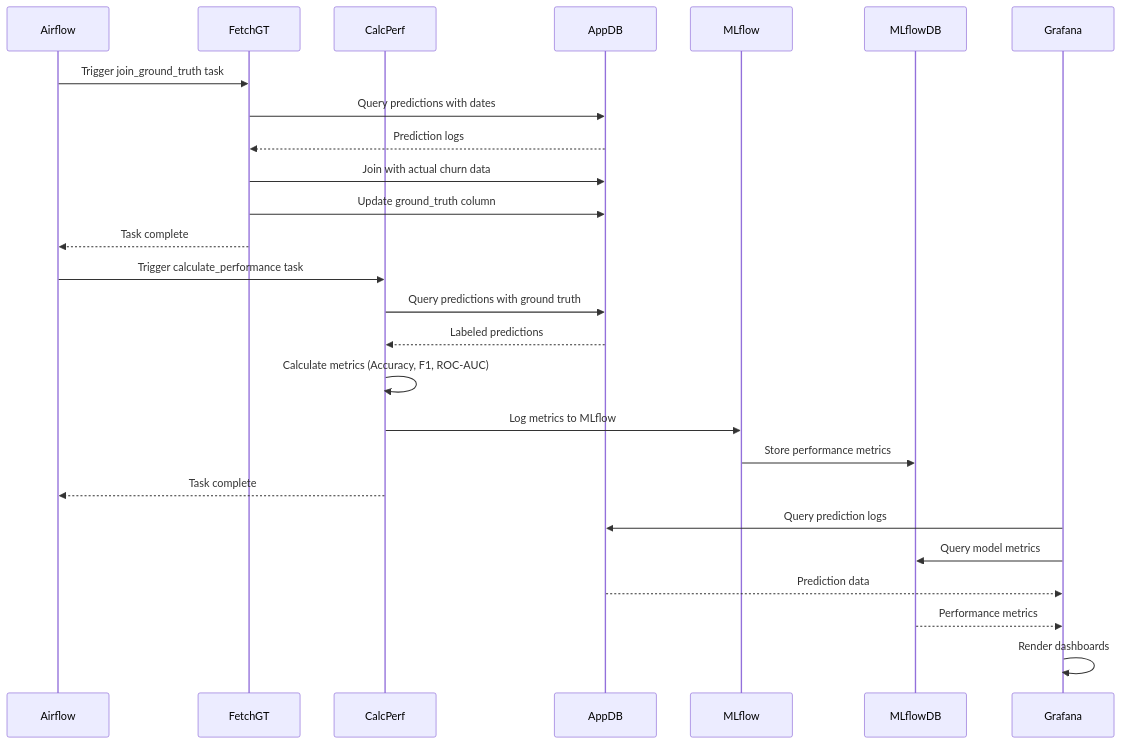
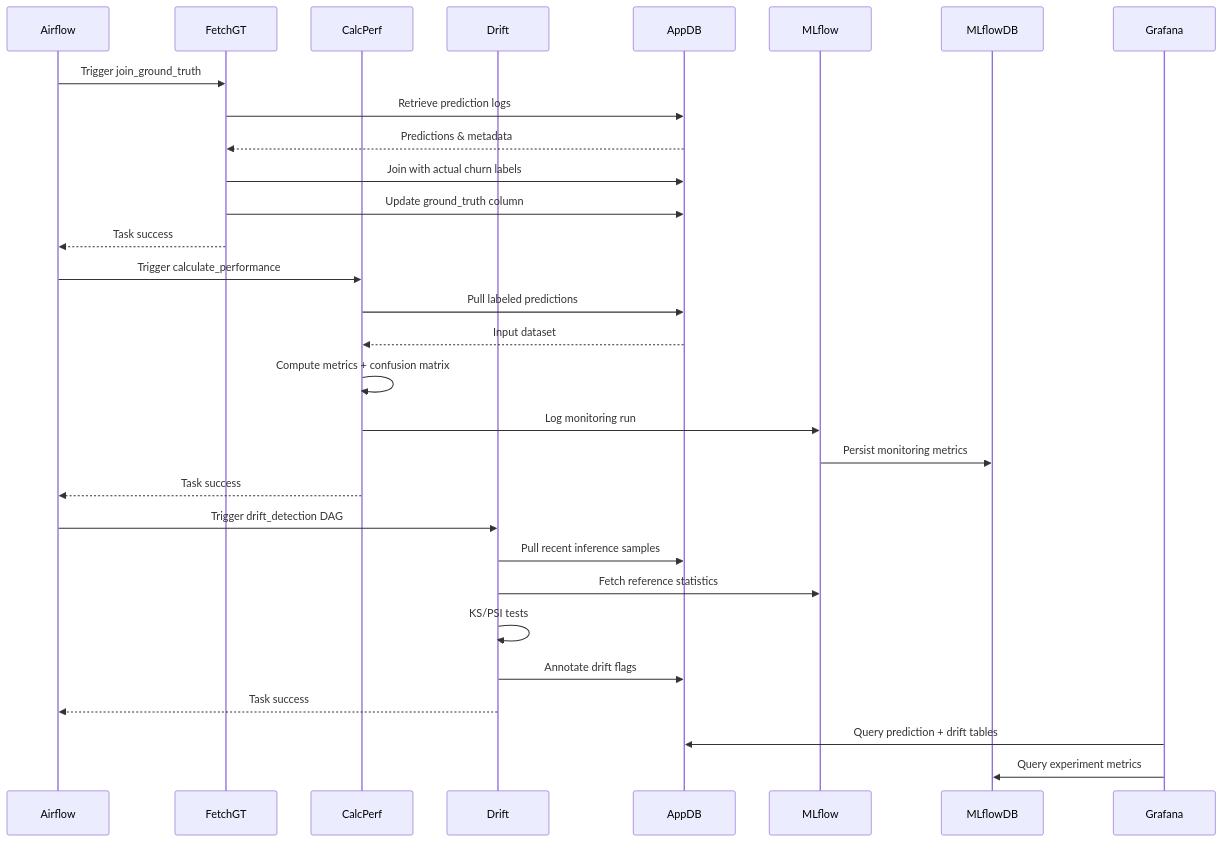
One commit to ssabrut/customer-churn-mlops changed the fifth of 7 diagrams in ARCHITECTURE.md. Above: the diagram before and after it, drawn with Mermaid. The commit also changed other lines of this file and 5 other files, not shown here.

````diff
--- a/ARCHITECTURE.md
+++ b/ARCHITECTURE.md
@@ -235,31 +234,36 @@
 ```mermaid
 sequenceDiagram
     participant Airflow
     participant FetchGT
     participant CalcPerf
+    participant Drift
     participant AppDB
     participant MLflow
     participant MLflowDB
     participant Grafana
-    
-    Airflow->>FetchGT: Trigger join_ground_truth task
-    FetchGT->>AppDB: Query predictions with dates
-    AppDB-->>FetchGT: Prediction logs
-    FetchGT->>AppDB: Join with actual churn data
+
+    Airflow->>FetchGT: Trigger join_ground_truth
+    FetchGT->>AppDB: Retrieve prediction logs
+    AppDB-->>FetchGT: Predictions & metadata
+    FetchGT->>AppDB: Join with actual churn labels
     FetchGT->>AppDB: Update ground_truth column
-    FetchGT-->>Airflow: Task complete
-    
-    Airflow->>CalcPerf: Trigger calculate_performance task
-    CalcPerf->>AppDB: Query predictions with ground truth
-    AppDB-->>CalcPerf: Labeled predictions
-    CalcPerf->>CalcPerf: Calculate metrics (Accuracy, F1, ROC-AUC)
-    CalcPerf->>MLflow: Log metrics to MLflow
-    MLflow->>MLflowDB: Store performance metrics
-    CalcPerf-->>Airflow: Task complete
-    
-    Grafana->>AppDB: Query prediction logs
-    Grafana->>MLflowDB: Query model metrics
-    AppDB-->>Grafana: Prediction data
-    MLflowDB-->>Grafana: Performance metrics
-    Grafana->>Grafana: Render dashboards
+    FetchGT-->>Airflow: Task success
+
+    Airflow->>CalcPerf: Trigger calculate_performance
+    CalcPerf->>AppDB: Pull labeled predictions
+    AppDB-->>CalcPerf: Input dataset
+    CalcPerf->>CalcPerf: Compute metrics + confusion matrix
+    CalcPerf->>MLflow: Log monitoring run
+    MLflow->>MLflowDB: Persist monitoring metrics
+    CalcPerf-->>Airflow: Task success
+
+    Airflow->>Drift: Trigger drift_detection DAG
+    Drift->>AppDB: Pull recent inference samples
+    Drift->>MLflow: Fetch reference statistics
+    Drift->>Drift: KS/PSI tests
+    Drift->>AppDB: Annotate drift flags
+    Drift-->>Airflow: Task success
+
+    Grafana->>AppDB: Query prediction + drift tables
+    Grafana->>MLflowDB: Query experiment metrics
 ```
````
